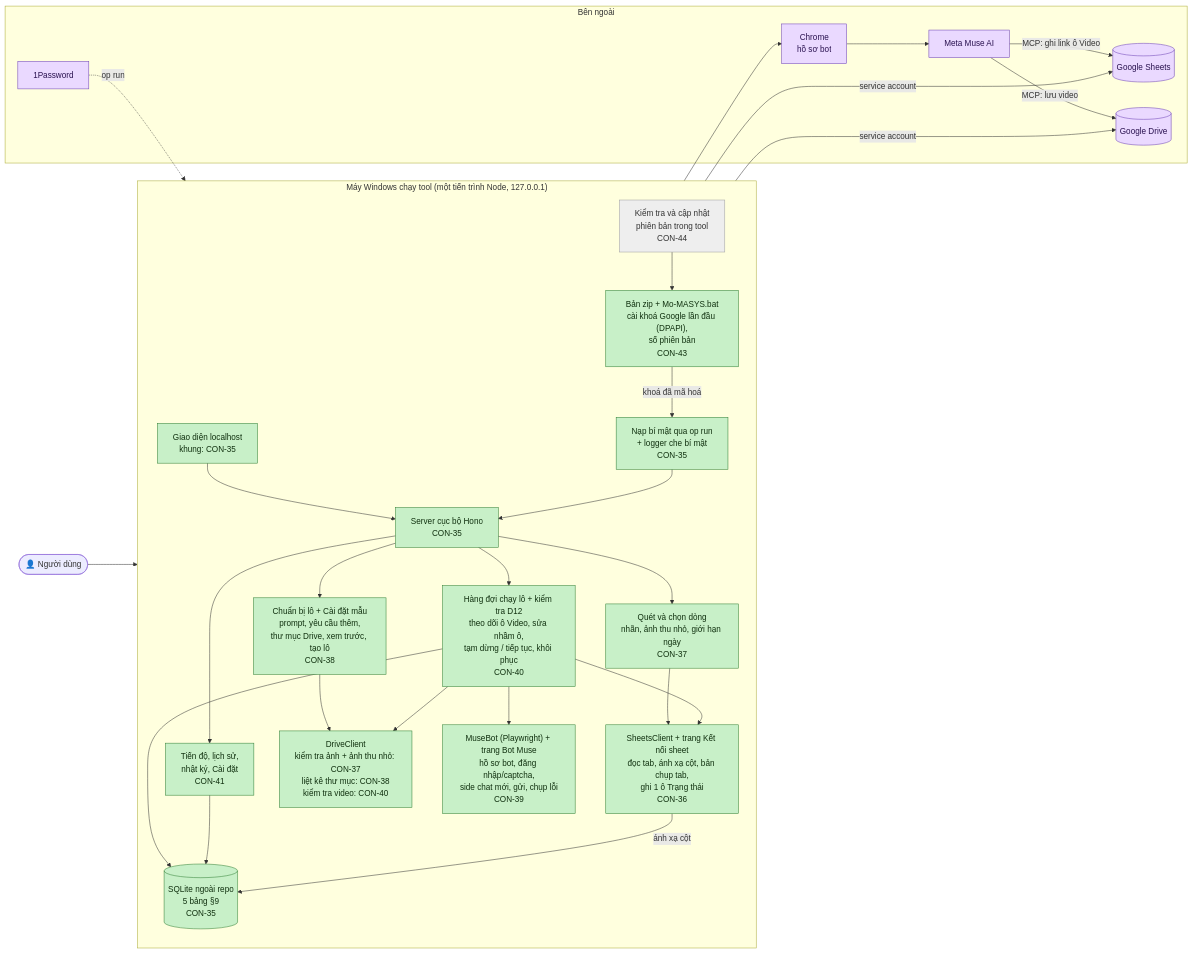
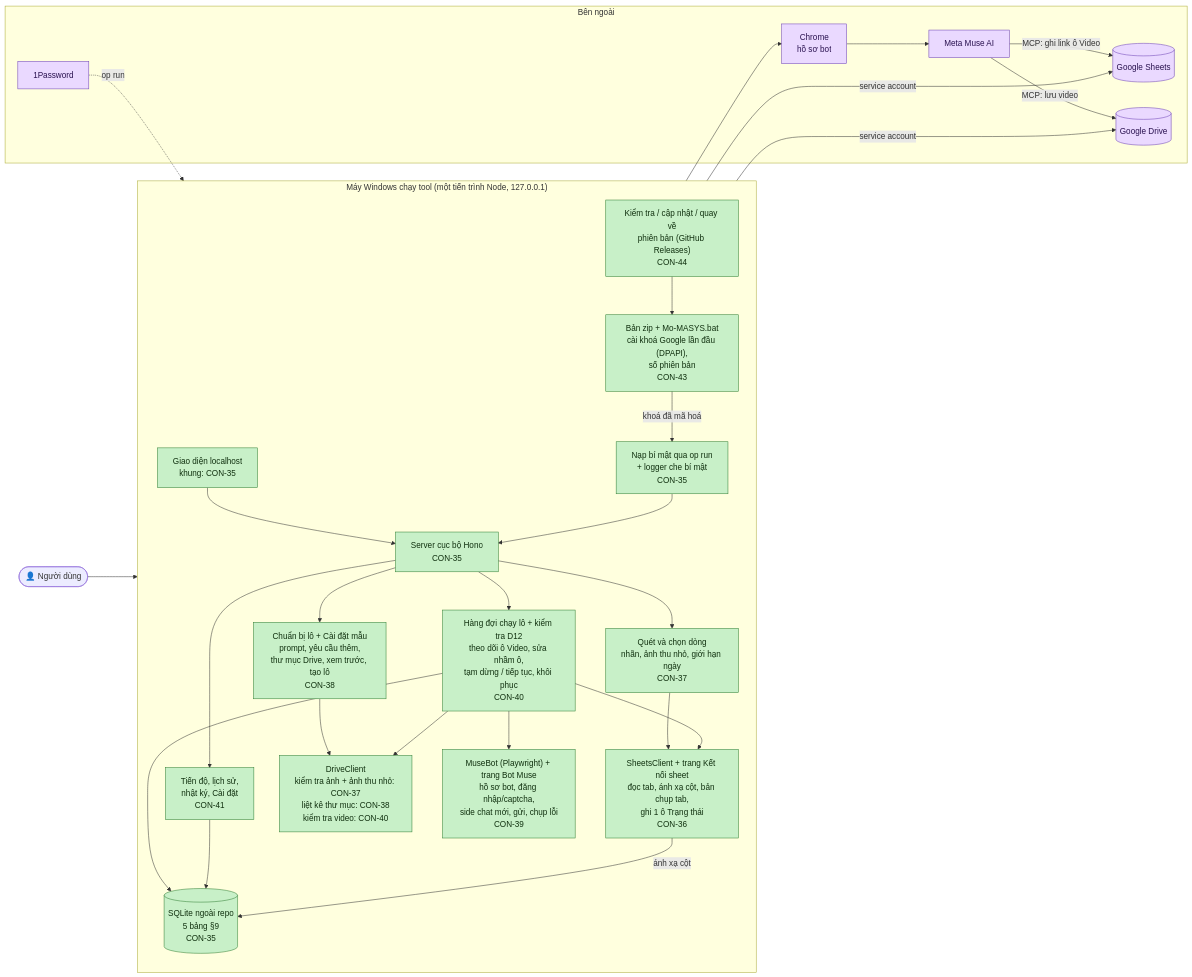
One commit to Bach1711/MASYS-VIDEO-GENERATOR changed the diagram in TIEN-DO.md. Above: the diagram before and after it, drawn with Mermaid. The commit also changed other lines of this file and 24 other files, not shown here.

First line of the commit message:
CON-44: Kiểm tra, cập nhật và quay về phiên bản ngay trong tool (#11)

````diff
--- a/TIEN-DO.md
+++ b/TIEN-DO.md
@@ -17,63 +17,63 @@
 ```mermaid
 flowchart LR
     user(["👤 Người dùng"])
 
     subgraph PC["Máy Windows chạy tool (một tiến trình Node, 127.0.0.1)"]
         direction TB
         ui["Giao diện localhost<br/>khung: CON-35"]
         server["Server cục bộ Hono<br/>CON-35"]
         secrets["Nạp bí mật qua op run<br/>+ logger che bí mật<br/>CON-35"]
         db[("SQLite ngoài repo<br/>5 bảng §9<br/>CON-35")]
 
         sheet["SheetsClient + trang Kết nối sheet<br/>đọc tab, ánh xạ cột, bản chụp tab,<br/>ghi 1 ô Trạng thái<br/>CON-36"]
         scan["Quét và chọn dòng<br/>nhãn, ảnh thu nhỏ, giới hạn ngày<br/>CON-37"]
         editor["Chuẩn bị lô + Cài đặt mẫu<br/>prompt, yêu cầu thêm,<br/>thư mục Drive, xem trước, tạo lô<br/>CON-38"]
         bot["MuseBot (Playwright) + trang Bot Muse<br/>hồ sơ bot, đăng nhập/captcha,<br/>side chat mới, gửi, chụp lỗi<br/>CON-39"]
         queue["Hàng đợi chạy lô + kiểm tra D12<br/>theo dõi ô Video, sửa nhầm ô,<br/>tạm dừng / tiếp tục, khôi phục<br/>CON-40"]
         drive["DriveClient<br/>kiểm tra ảnh + ảnh thu nhỏ: CON-37<br/>liệt kê thư mục: CON-38<br/>kiểm tra video: CON-40"]
         progress["Tiến độ, lịch sử,<br/>nhật ký, Cài đặt<br/>CON-41"]
         pack["Bản zip + Mo-MASYS.bat<br/>cài khoá Google lần đầu (DPAPI),<br/>số phiên bản<br/>CON-43"]
-        update["Kiểm tra và cập nhật<br/>phiên bản trong tool<br/>CON-44"]
+        update["Kiểm tra / cập nhật / quay về<br/>phiên bản (GitHub Releases)<br/>CON-44"]
     end
 
     subgraph EXT["Bên ngoài"]
         gsheets[("Google Sheets")]
         gdrive[("Google Drive")]
         chrome["Chrome<br/>hồ sơ bot"]
         muse["Meta Muse AI"]
         op["1Password"]
     end
 
     user --> ui --> server
     server --> scan & editor & progress
     scan --> sheet
     editor --> drive
     server --> queue
     queue --> sheet & drive & bot
     queue --> db
     progress --> db
     sheet -- "ánh xạ cột" --> db
     sheet -- "service account" --> gsheets
     drive -- "service account" --> gdrive
     bot --> chrome --> muse
     muse -- "MCP: lưu video" --> gdrive
     muse -- "MCP: ghi link ô Video" --> gsheets
     op -. "op run" .-> secrets --> server
     pack -- "khoá đã mã hoá" --> secrets
     update --> pack
 
     classDef done fill:#c8f0c8,stroke:#2e7d32,color:#10300f
     classDef review fill:#cfe3ff,stroke:#1f5fbf,color:#0c2550
     classDef doing fill:#fff1b8,stroke:#b38600,color:#3d2e00
     classDef todo fill:#eeeeee,stroke:#9e9e9e,color:#333333
     classDef ext fill:#ead9ff,stroke:#6a3fb5,color:#2a1250
 
     class ui,server,secrets,db,sheet,scan,editor done
     class drive done
     class bot done
     class queue done
     class progress done
     class pack done
-    class update todo
+    class update done
     class gsheets,gdrive,chrome,muse,op ext
 ```
````
